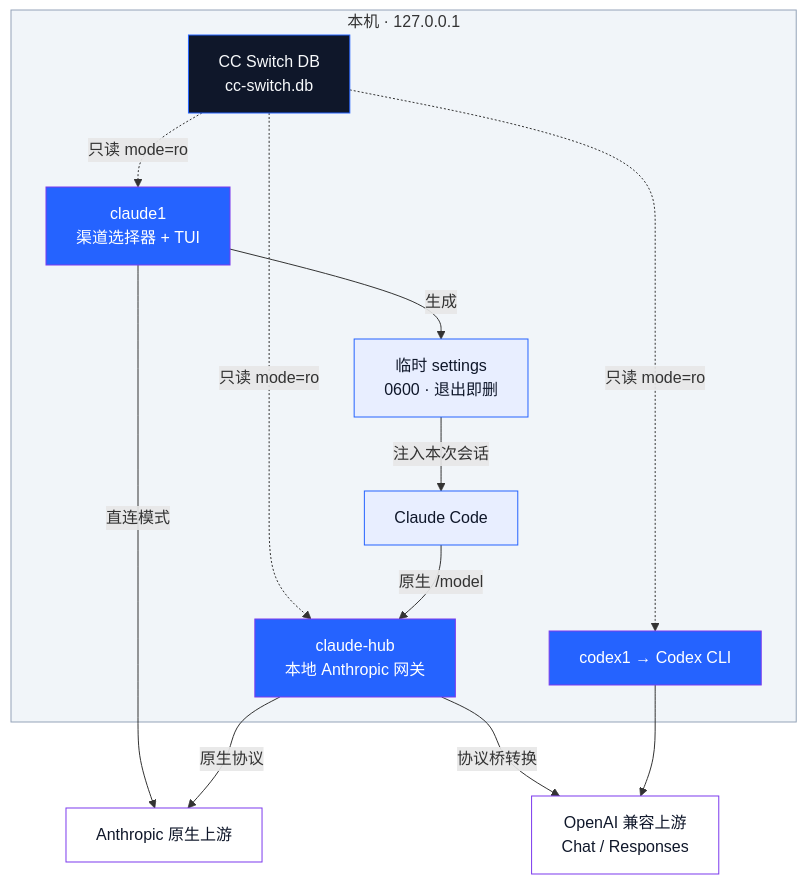
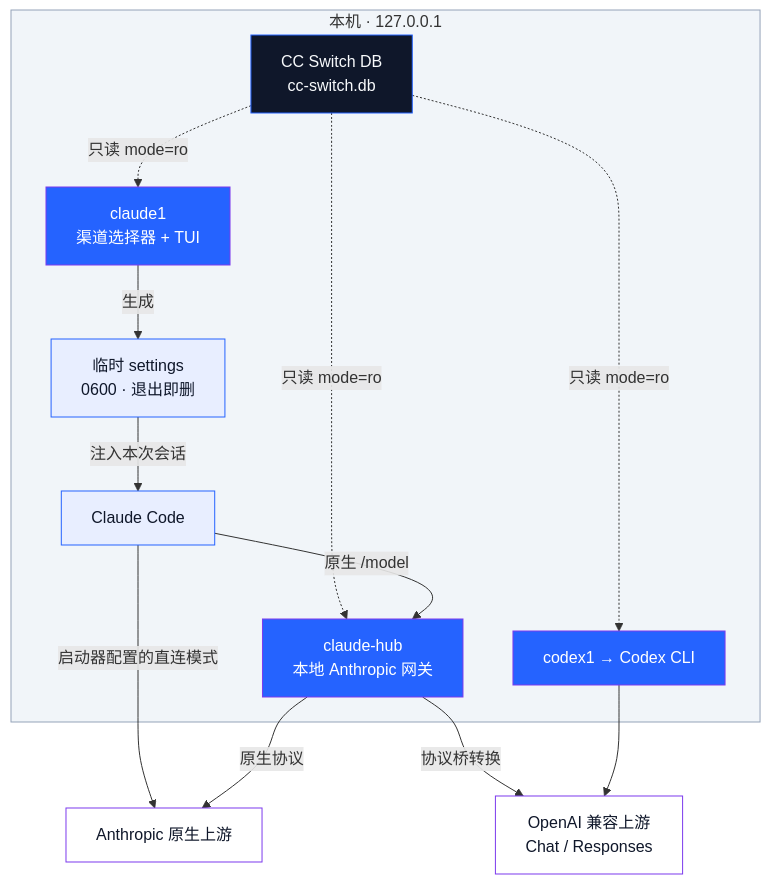
Before and after one commit to Aley3567/Agent-Hub: the diagram in README.md, drawn with Mermaid. The commit also changed other lines of this file and 3 other files, not shown here.

Commit message:
docs: map the gateway request flow and learning-focused refactor plan

````diff
--- a/README.md
+++ b/README.md
@@ -77,35 +86,35 @@
 ```mermaid
 graph TB
     subgraph LOCAL["本机 · 127.0.0.1"]
         DB["CC Switch DB<br/>cc-switch.db"]
         L["claude1<br/>渠道选择器 + TUI"]
         TS["临时 settings<br/>0600 · 退出即删"]
         CC["Claude Code"]
         H["claude-hub<br/>本地 Anthropic 网关"]
         CX["codex1 → Codex CLI"]
     end
 
     UPA["Anthropic 原生上游"]
     UPO["OpenAI 兼容上游<br/>Chat / Responses"]
 
     DB -.->|"只读 mode=ro"| L
     DB -.->|"只读 mode=ro"| H
     DB -.->|"只读 mode=ro"| CX
     L -->|"生成"| TS
     TS -->|"注入本次会话"| CC
     CC -->|"原生 /model"| H
-    L -->|"直连模式"| UPA
+    CC -->|"启动器配置的直连模式"| UPA
     H -->|"原生协议"| UPA
     H -->|"协议桥转换"| UPO
     CX --> UPO
 
     classDef ro fill:#0F172A,stroke:#2563FF,color:#F8FAFC
     classDef gw fill:#2563FF,stroke:#7C3AED,color:#FFFFFF
     classDef sess fill:#E8EEFF,stroke:#2563FF,color:#0F172A
     classDef up fill:#FFFFFF,stroke:#7C3AED,color:#0F172A
     class DB ro
     class L,H,CX gw
     class TS,CC sess
     class UPA,UPO up
     style LOCAL fill:#F1F5F9,stroke:#94A3B8
 ```
````
